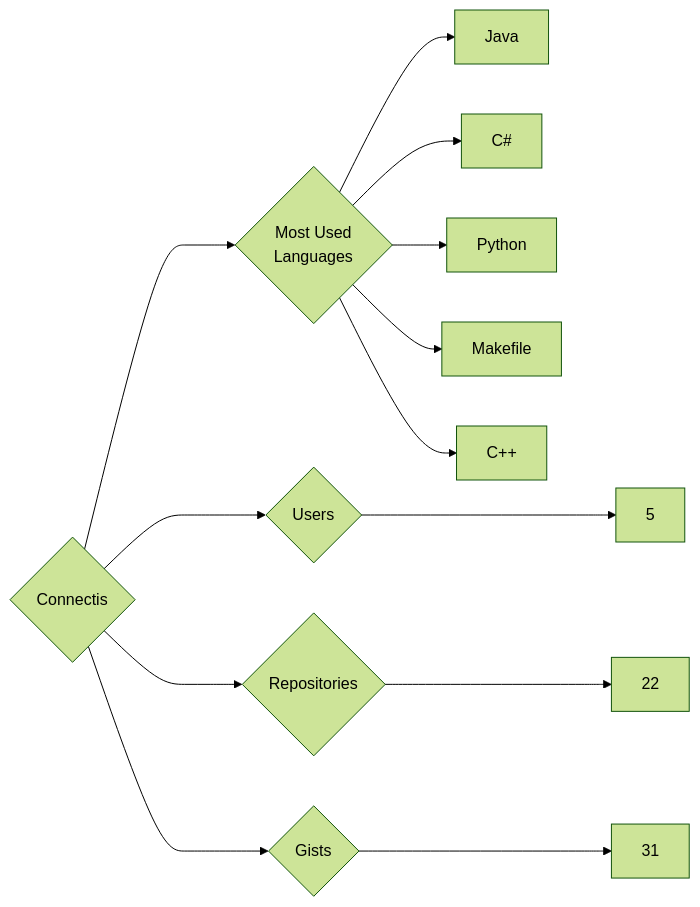
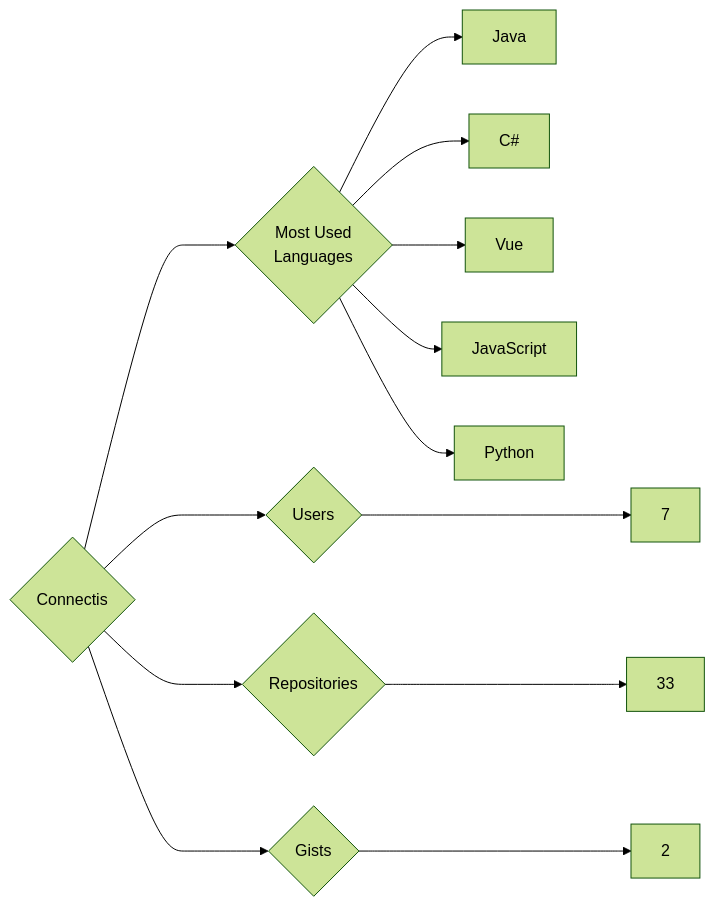
The diagram in targets/Connectis/README.md (trickest/insiders), drawn with Mermaid (forest theme) before and after one commit. The commit also changed 1195 other files, not shown here.

````diff
--- a/targets/Connectis/README.md
+++ b/targets/Connectis/README.md
@@ -3,13 +3,13 @@
 ```mermaid
 graph LR
 COMPANY_NAME{Connectis}
-COMPANY_NAME ---> U{Users} ---> UN[5]
-COMPANY_NAME ---> R{Repositories} ---> RN[22]
-COMPANY_NAME ---> G{Gists} ---> GN[31]
+COMPANY_NAME ---> U{Users} ---> UN[7]
+COMPANY_NAME ---> R{Repositories} ---> RN[33]
+COMPANY_NAME ---> G{Gists} ---> GN[2]
 COMPANY_NAME ---> ML{Most Used<br>Languages}
 ML --> Java[Java]
 ML --> C#[C#]
+ML --> Vue[Vue]
+ML --> JavaScript[JavaScript]
 ML --> Python[Python]
-ML --> Makefile[Makefile]
-ML --> C++[C++]
 ```
````
